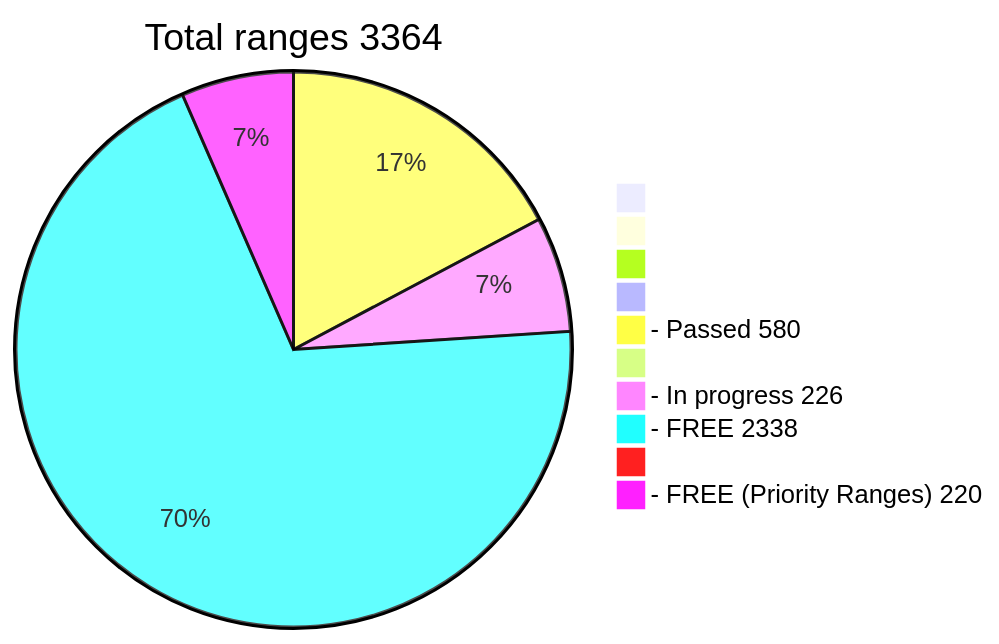
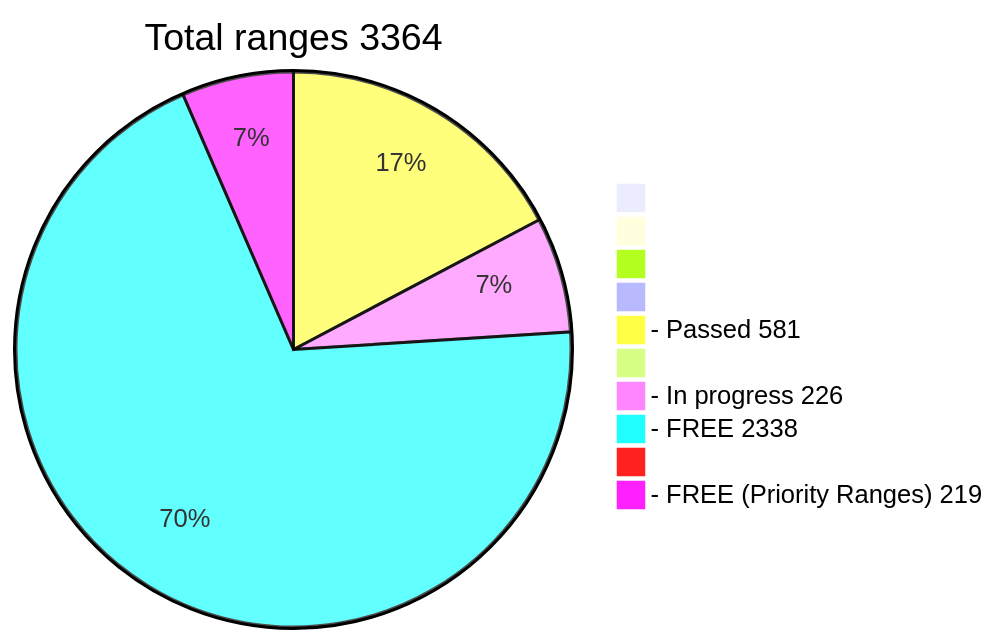
Before and after one commit to phrutis/wif500: the diagram in README.md, drawn with Mermaid.

````diff
--- a/README.md
+++ b/README.md
@@ -16,13 +16,13 @@
 ```mermaid
 pie title Total ranges 3364
              " " : 0
             "  " : 0
            "   " : 0
           "    " : 0
-  "- Passed 580" : 580
+  "- Passed 581" : 581
          "     " : 0
   "- In progress 226" : 226
    "- FREE 2338" : 2338
         "      " : 0
-  "- FREE (Priority Ranges) 220" : 220
+  "- FREE (Priority Ranges) 219" : 219
 ```
````
